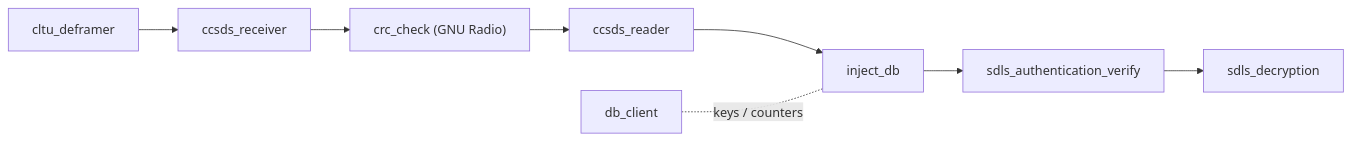
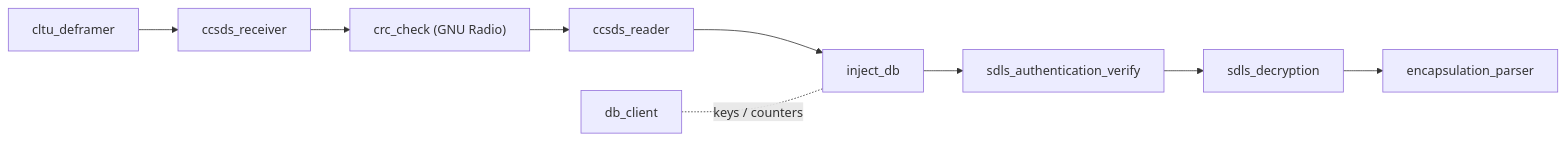
One commit to aris-space/soarr-groundstation-gnuradio changed the second of 2 diagrams in README.md. Above: the diagram before and after it, drawn with Mermaid. The commit also changed other lines of this file and 14 other files, not shown here.

````diff
--- a/README.md
+++ b/README.md
@@ -41,7 +41,8 @@
 ```mermaid
 flowchart LR
     de["cltu_deframer"] --> rcv["ccsds_receiver"] --> crc["crc_check (GNU Radio)"]
     crc --> rd["ccsds_reader"] --> inj["inject_db"]
     db["db_client"] -. keys / counters .- inj
     inj --> ver["sdls_authentication_verify"] --> dec["sdls_decryption"]
+    dec --> par["encapsulation_parser"]
 ```
````
